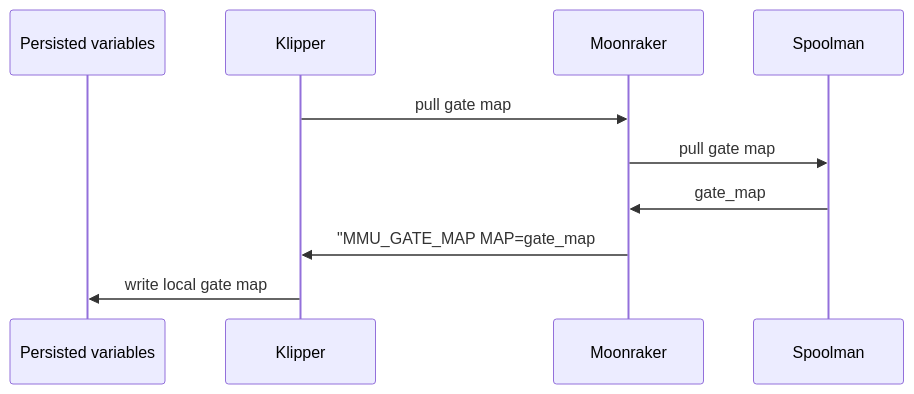
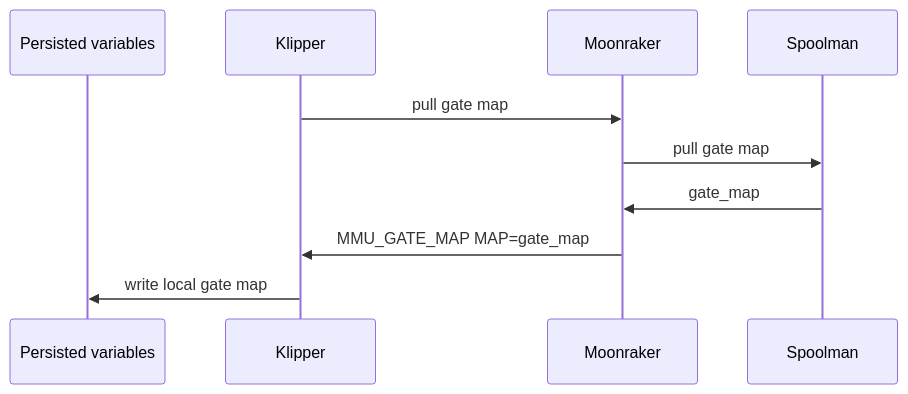
One commit to 3DCoded/Happy-Hare changed the third of 3 diagrams in Spoolman-Support.md. Above: the diagram before and after it, drawn with Mermaid.

Commit message:
docs: Update Spoolman-Support.md with spoolman configuration details

````diff
--- a/Spoolman-Support.md
+++ b/Spoolman-Support.md
@@ -97,13 +97,13 @@
 ```mermaid
 sequenceDiagram
     participant L as Persisted variables
     participant K as Klipper
     participant M as Moonraker
     participant S as Spoolman
 
     K->>M: pull gate map
     M->>S: pull gate map
     S->>M: gate_map
-    M->>K: "MMU_GATE_MAP MAP=gate_map
+    M->>K: MMU_GATE_MAP MAP=gate_map
     K->>L: write local gate map
 ```
````
